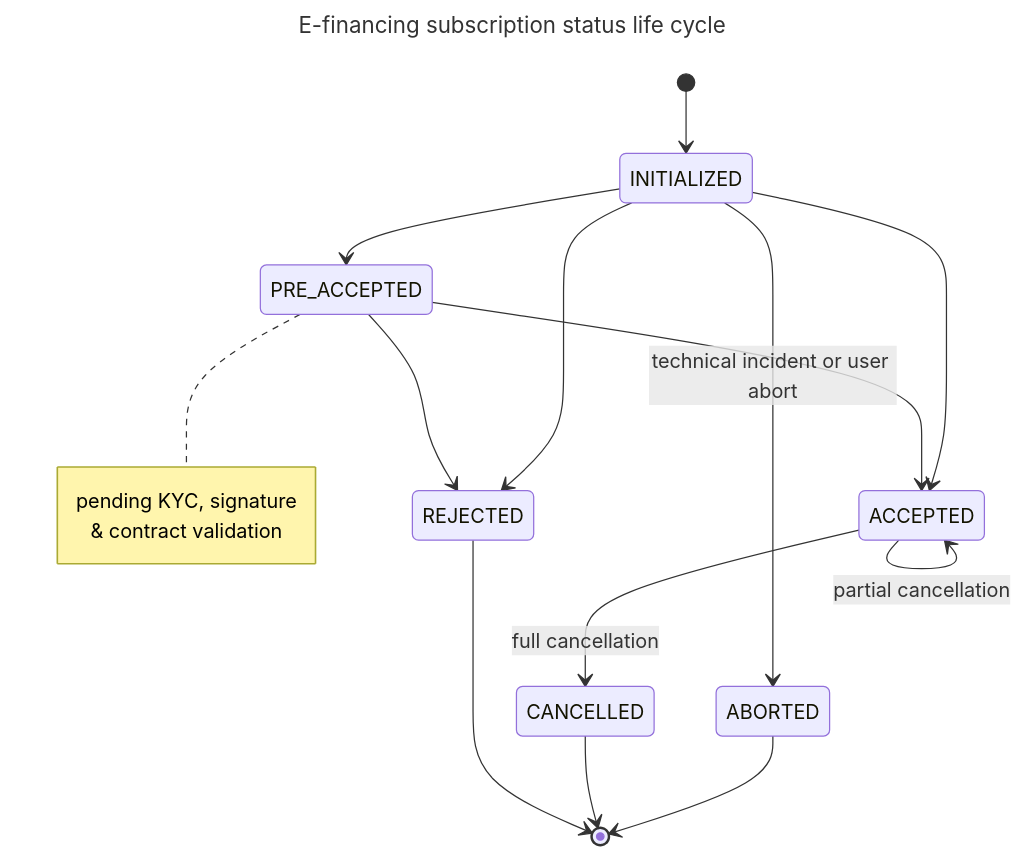
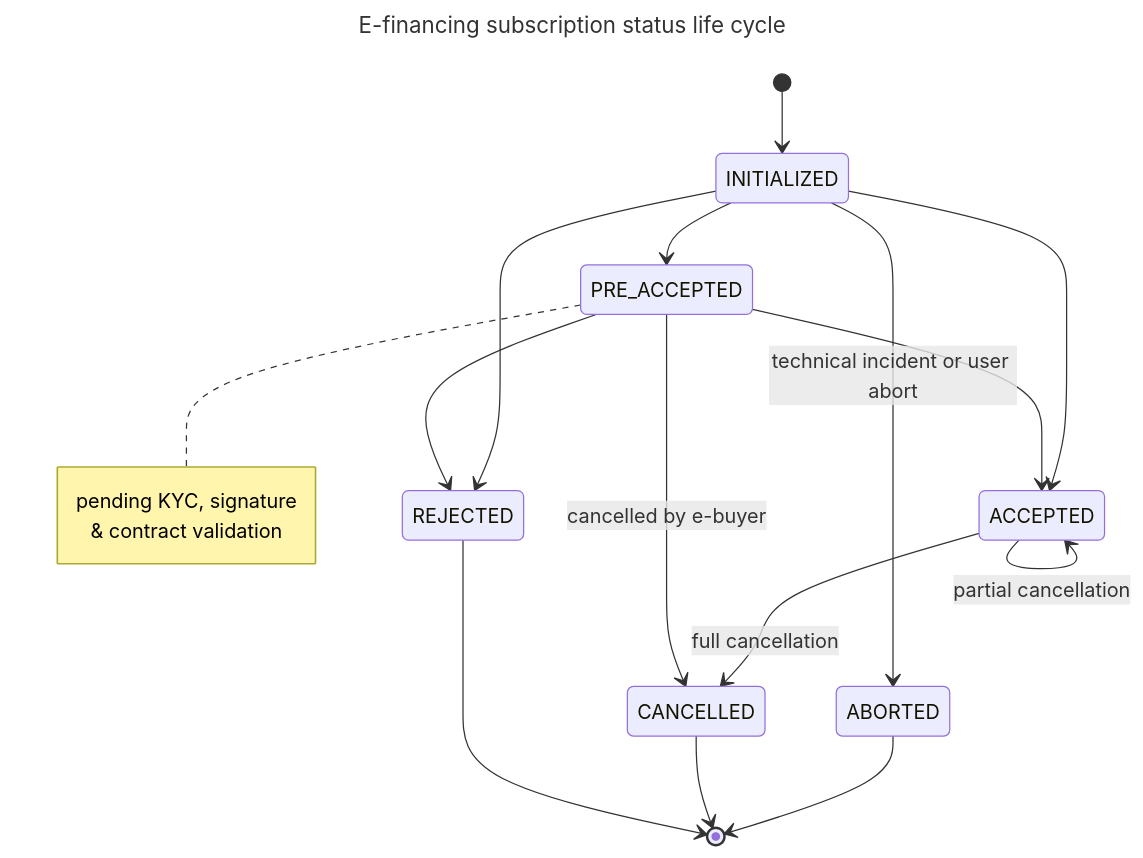
One commit to scalexpert/documentation changed the diagram in solutions-reference/credit/e-financing-status-life-cycle.md. Above: the diagram before and after it, drawn with Mermaid. The commit also changed other lines of this file, not shown here.

````diff
--- a/solutions-reference/credit/e-financing-status-life-cycle.md
+++ b/solutions-reference/credit/e-financing-status-life-cycle.md
@@ -18,23 +18,24 @@
 ```mermaid
 ---
 title: E-financing subscription status life cycle
 ---
 stateDiagram-v2 
     [*] --> INITIALIZED
     INITIALIZED --> ABORTED: technical incident or user abort
     INITIALIZED --> PRE_ACCEPTED
 note right of PRE_ACCEPTED
 pending KYC, signature 
 & contract validation
 end note
     PRE_ACCEPTED --> ACCEPTED
     PRE_ACCEPTED --> REJECTED
+    PRE_ACCEPTED --> CANCELLED: cancelled by e-buyer
     INITIALIZED --> ACCEPTED
     INITIALIZED --> REJECTED
     ACCEPTED --> ACCEPTED: partial cancellation
     ACCEPTED --> CANCELLED: full cancellation
     REJECTED --> [*]
     CANCELLED --> [*]
     ABORTED --> [*]
 
 ```
````
